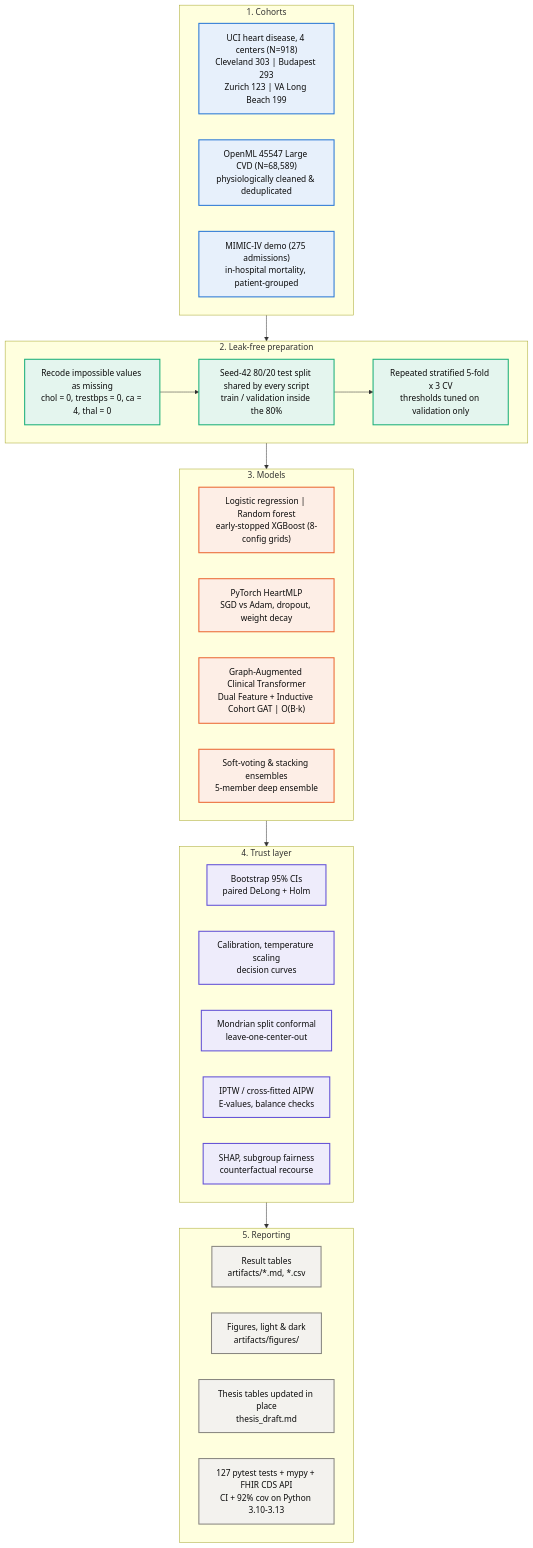
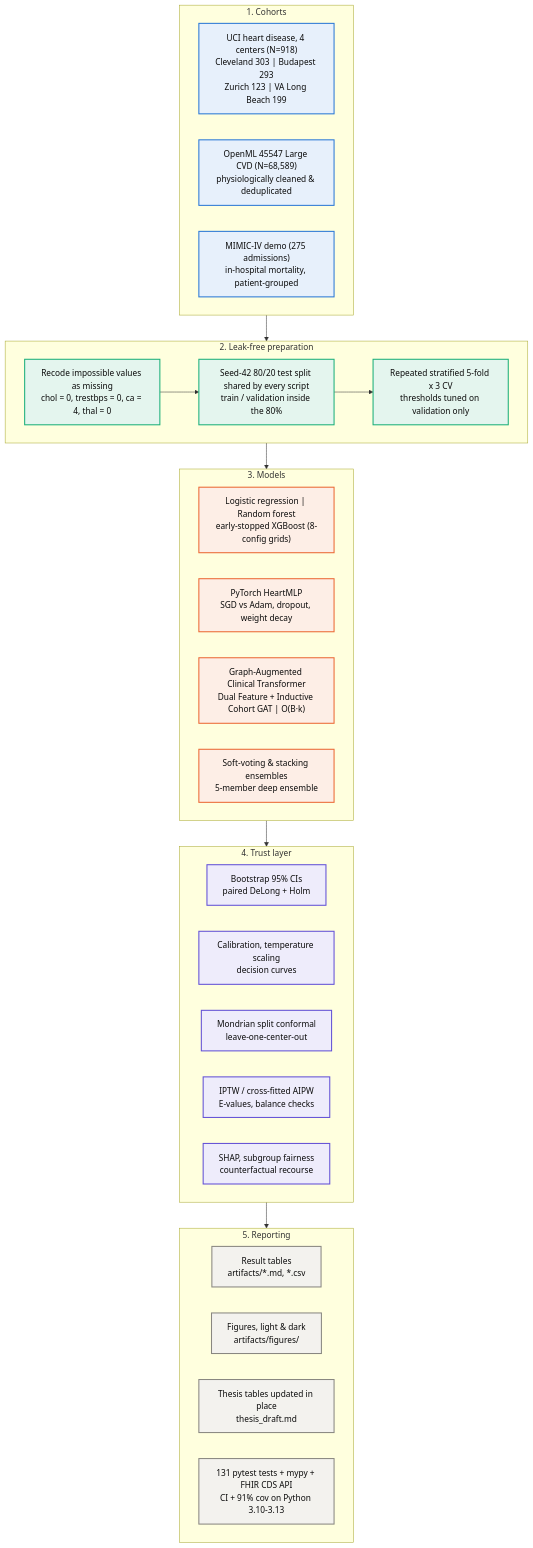
The diagram in README.md (YahyaLendani/heart-disease-clinical-ml), drawn with Mermaid before and after one commit. The commit also changed other lines of this file and 16 other files, not shown here.

````diff
--- a/README.md
+++ b/README.md
@@ -76,50 +76,50 @@
 ```mermaid
 flowchart TB
     classDef data fill:#e7f0fb,stroke:#2a78d6,stroke-width:2px,color:#0b0b0b
     classDef prep fill:#e4f5ee,stroke:#1baf7a,stroke-width:2px,color:#0b0b0b
     classDef model fill:#fdeee6,stroke:#eb6834,stroke-width:2px,color:#0b0b0b
     classDef trust fill:#eeecfb,stroke:#6250d6,stroke-width:2px,color:#0b0b0b
     classDef out fill:#f3f2ee,stroke:#898781,stroke-width:2px,color:#0b0b0b
 
     subgraph Data["1. Cohorts"]
         direction LR
         A1["UCI heart disease, 4 centers (N=918)<br/>Cleveland 303 | Budapest 293<br/>Zurich 123 | VA Long Beach 199"]:::data
         A2["OpenML 45547 Large CVD (N=68,589)<br/>physiologically cleaned & deduplicated"]:::data
         A3["MIMIC-IV demo (275 admissions)<br/>in-hospital mortality, patient-grouped"]:::data
     end
 
     subgraph Prep["2. Leak-free preparation"]
         direction LR
         B1["Recode impossible values as missing<br/>chol = 0, trestbps = 0, ca = 4, thal = 0"]:::prep
         B2["Seed-42 80/20 test split shared by every script<br/>train / validation inside the 80%"]:::prep
         B3["Repeated stratified 5-fold x 3 CV<br/>thresholds tuned on validation only"]:::prep
         B1 --> B2 --> B3
     end
 
     subgraph Models["3. Models"]
         direction LR
         C1["Logistic regression | Random forest<br/>early-stopped XGBoost (8-config grids)"]:::model
         C2["PyTorch HeartMLP<br/>SGD vs Adam, dropout, weight decay"]:::model
         C3["Graph-Augmented Clinical Transformer<br/>Dual Feature + Inductive Cohort GAT | O(B·k)"]:::model
         C4["Soft-voting & stacking ensembles<br/>5-member deep ensemble"]:::model
     end
 
     subgraph Trust["4. Trust layer"]
         direction LR
         D1["Bootstrap 95% CIs<br/>paired DeLong + Holm"]:::trust
         D2["Calibration, temperature scaling<br/>decision curves"]:::trust
         D3["Mondrian split conformal<br/>leave-one-center-out"]:::trust
         D4["IPTW / cross-fitted AIPW<br/>E-values, balance checks"]:::trust
         D5["SHAP, subgroup fairness<br/>counterfactual recourse"]:::trust
     end
 
     subgraph Output["5. Reporting"]
         direction LR
         E1["Result tables<br/>artifacts/*.md, *.csv"]:::out
         E2["Figures, light & dark<br/>artifacts/figures/"]:::out
         E3["Thesis tables updated in place<br/>thesis_draft.md"]:::out
-        E4["127 pytest tests + mypy + FHIR CDS API<br/>CI + 92% cov on Python 3.10-3.13"]:::out
+        E4["131 pytest tests + mypy + FHIR CDS API<br/>CI + 91% cov on Python 3.10-3.13"]:::out
     end
 
     Data --> Prep --> Models --> Trust --> Output
 ```
````
